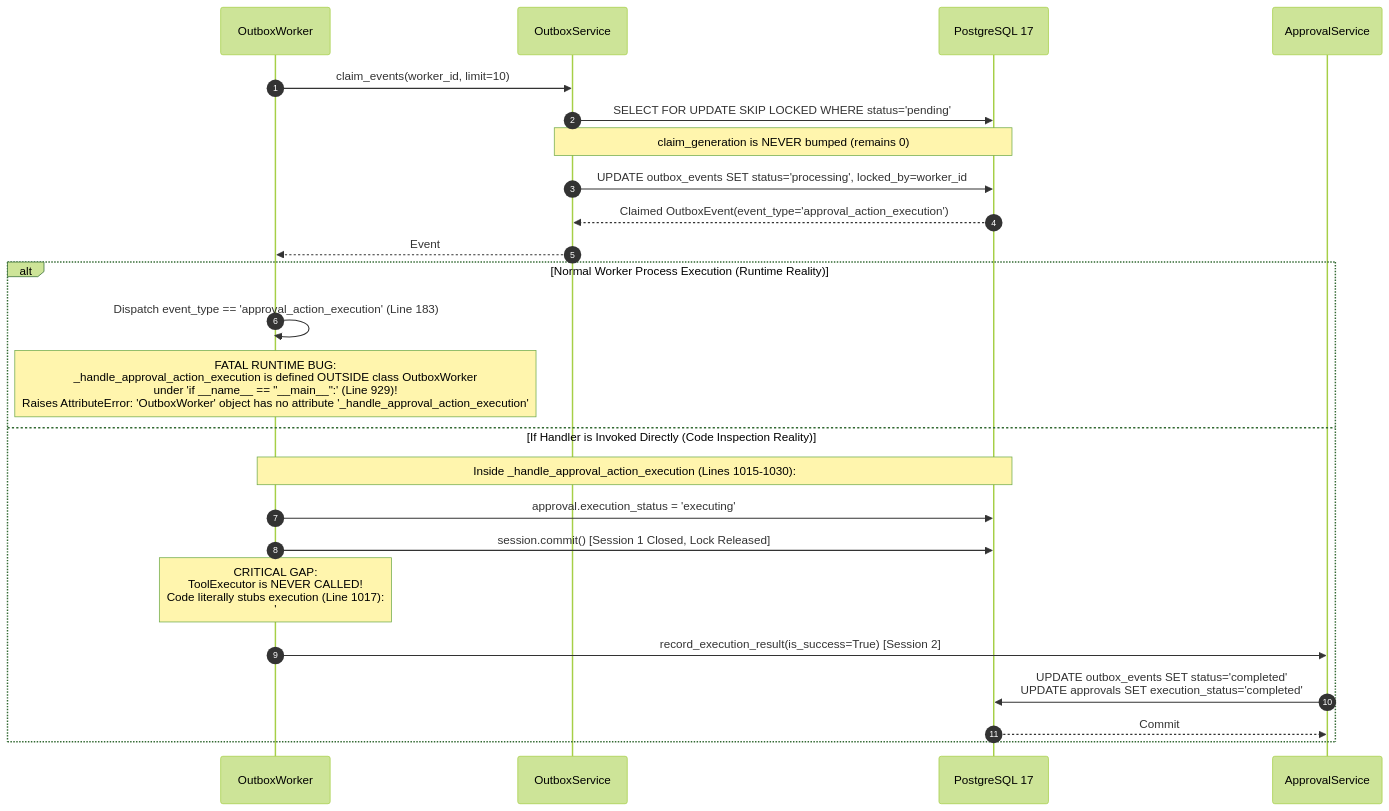
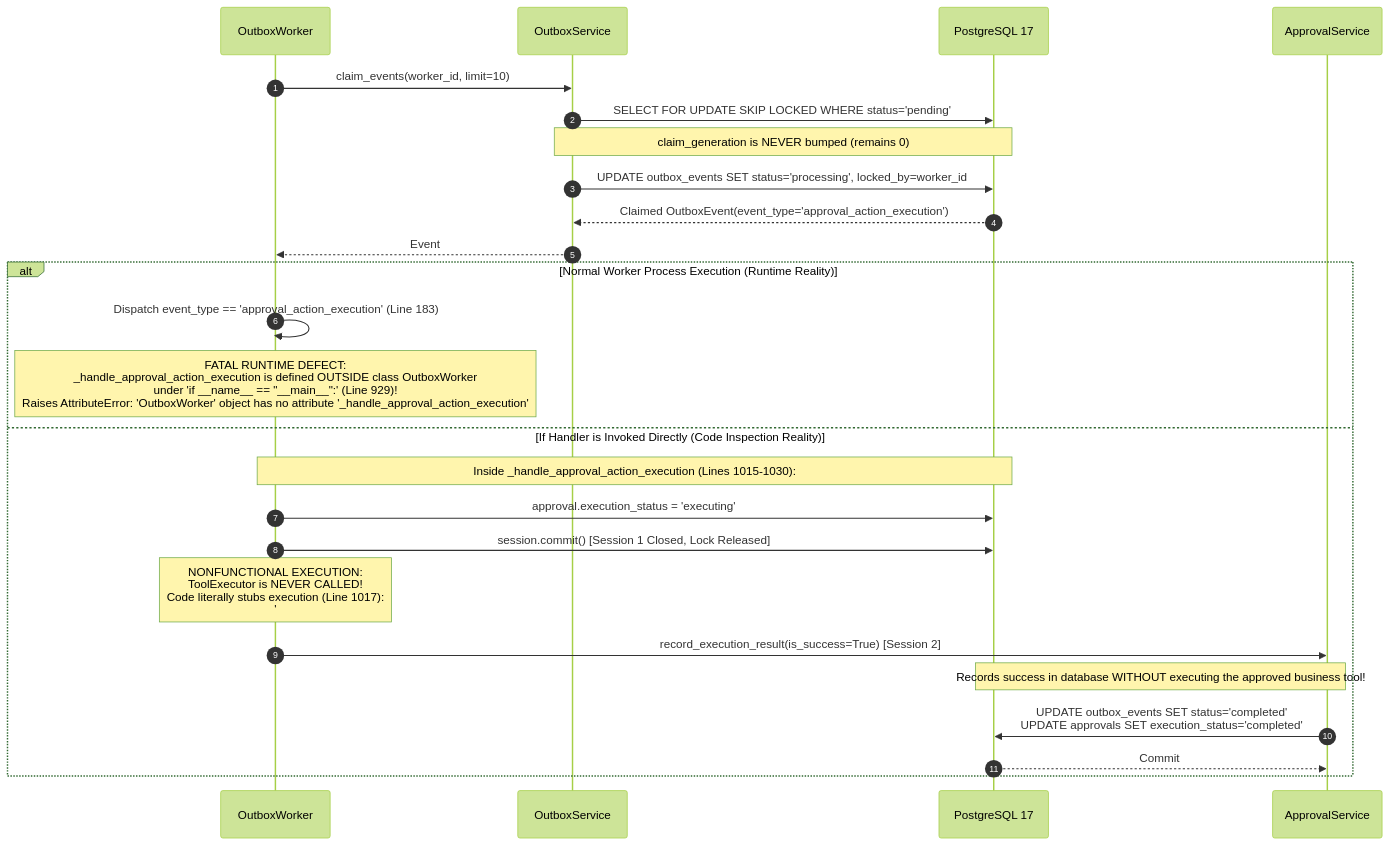
Before and after one commit to QQYC9/ai-employee-platform: the third of 4 diagrams in docs/audit/comparative-review/CURRENT_PLATFORM_ARCHITECTURE_MAP.md, drawn with Mermaid (forest theme). The commit also changed other lines of this file and 3 other files, not shown here.

````diff
--- a/docs/audit/comparative-review/CURRENT_PLATFORM_ARCHITECTURE_MAP.md
+++ b/docs/audit/comparative-review/CURRENT_PLATFORM_ARCHITECTURE_MAP.md
@@ -173,30 +178,31 @@
 ```mermaid
 sequenceDiagram
     autonumber
     participant OW as OutboxWorker
     participant OS as OutboxService
     participant DB as PostgreSQL 17
     participant AS as ApprovalService
 
     OW->>OS: claim_events(worker_id, limit=10)
     OS->>DB: SELECT FOR UPDATE SKIP LOCKED WHERE status='pending'
     Note over OS,DB: claim_generation is NEVER bumped (remains 0)
     OS->>DB: UPDATE outbox_events SET status='processing', locked_by=worker_id
     DB-->>OS: Claimed OutboxEvent(event_type='approval_action_execution')
     OS-->>OW: Event
 
     alt Normal Worker Process Execution (Runtime Reality)
         OW->>OW: Dispatch event_type == 'approval_action_execution' (Line 183)
-        Note over OW: FATAL RUNTIME BUG:<br/>_handle_approval_action_execution is defined OUTSIDE class OutboxWorker<br/>under 'if __name__ == "__main__":' (Line 929)!<br/>Raises AttributeError: 'OutboxWorker' object has no attribute '_handle_approval_action_execution'
+        Note over OW: FATAL RUNTIME DEFECT:<br/>_handle_approval_action_execution is defined OUTSIDE class OutboxWorker<br/>under 'if __name__ == "__main__":' (Line 929)!<br/>Raises AttributeError: 'OutboxWorker' object has no attribute '_handle_approval_action_execution'
     else If Handler is Invoked Directly (Code Inspection Reality)
         Note over OW,DB: Inside _handle_approval_action_execution (Lines 1015-1030):
         OW->>DB: approval.execution_status = 'executing'
         OW->>DB: session.commit() [Session 1 Closed, Lock Released]
         
-        Note over OW: CRITICAL GAP:<br/>ToolExecutor is NEVER CALLED!<br/>Code literally stubs execution (Line 1017):<br/>'# Stub: in full implementation, execute tool...'
+        Note over OW: NONFUNCTIONAL EXECUTION:<br/>ToolExecutor is NEVER CALLED!<br/>Code literally stubs execution (Line 1017):<br/>'# Stub: in full implementation, execute tool...'
         
         OW->>AS: record_execution_result(is_success=True) [Session 2]
+        Note over AS,DB: Records success in database WITHOUT executing the approved business tool!
         AS->>DB: UPDATE outbox_events SET status='completed'<br/>UPDATE approvals SET execution_status='completed'
         DB-->>AS: Commit
     end
 ```
````
